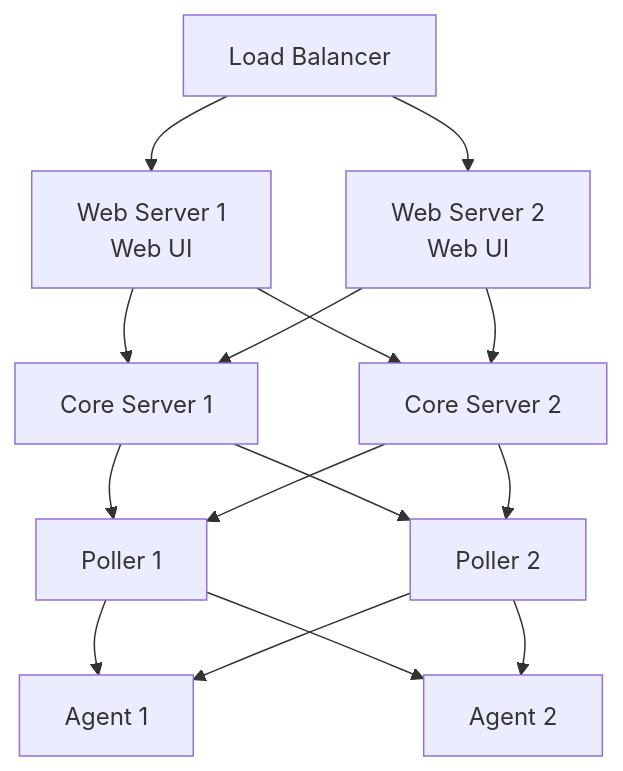
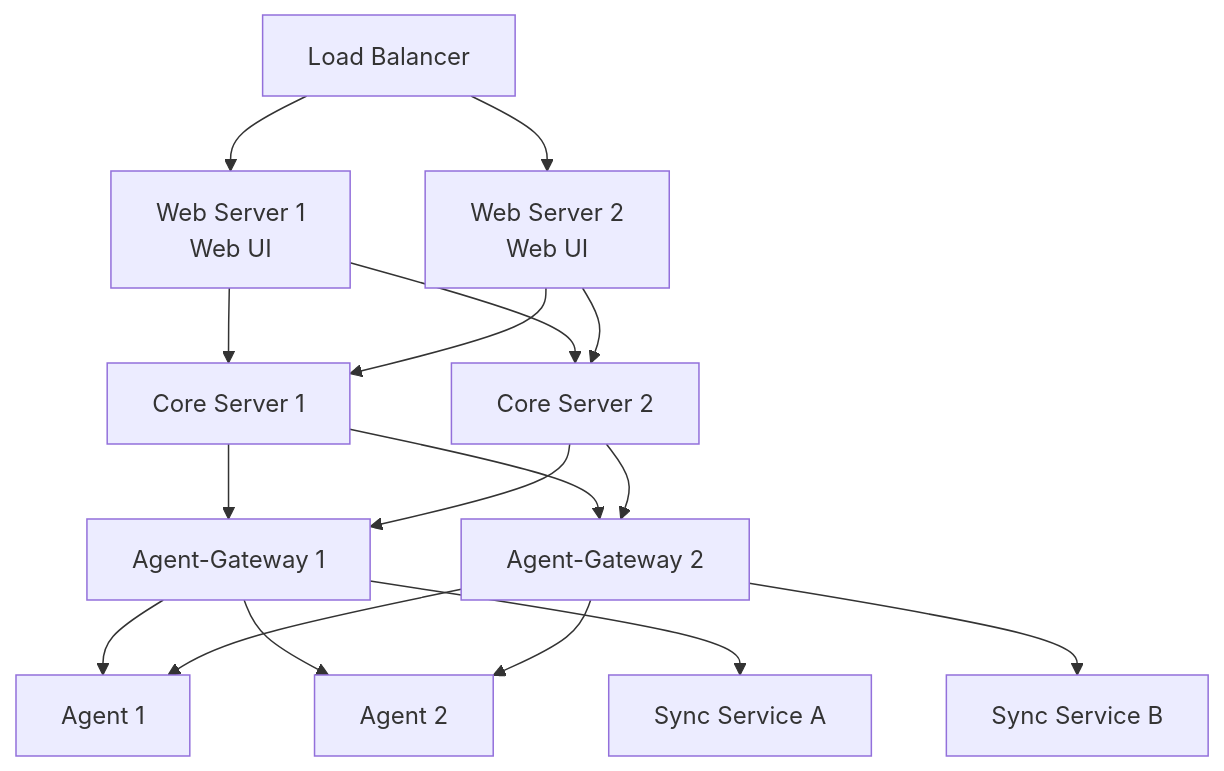
Before and after one commit to carverauto/serviceradar: the seventh of 7 diagrams in docs/docs/architecture.md, drawn with Mermaid. The commit also changed other lines of this file and 21 other files, not shown here.

````diff
--- a/docs/docs/architecture.md
+++ b/docs/docs/architecture.md
@@ -352,17 +376,19 @@
 ```mermaid
 graph TD
     LB[Load Balancer] --> WebServer1[Web Server 1<br/>Web UI]
     LB --> WebServer2[Web Server 2<br/>Web UI]
     WebServer1 --> CoreServer1[Core Server 1]
     WebServer2 --> CoreServer1
     WebServer1 --> CoreServer2[Core Server 2]
     WebServer2 --> CoreServer2
-    CoreServer1 --> Poller1[Poller 1]
-    CoreServer2 --> Poller1
-    CoreServer1 --> Poller2[Poller 2]
-    CoreServer2 --> Poller2
-    Poller1 --> Agent1[Agent 1]
-    Poller1 --> Agent2[Agent 2]
-    Poller2 --> Agent1
-    Poller2 --> Agent2
+    CoreServer1 --> Gateway1[Agent-Gateway 1]
+    CoreServer2 --> Gateway1
+    CoreServer1 --> Gateway2[Agent-Gateway 2]
+    CoreServer2 --> Gateway2
+    Gateway1 --> Agent1[Agent 1]
+    Gateway1 --> Agent2[Agent 2]
+    Gateway2 --> Agent1
+    Gateway2 --> Agent2
+    Gateway1 --> SyncA[Sync Service A]
+    Gateway2 --> SyncB[Sync Service B]
 ```
````
